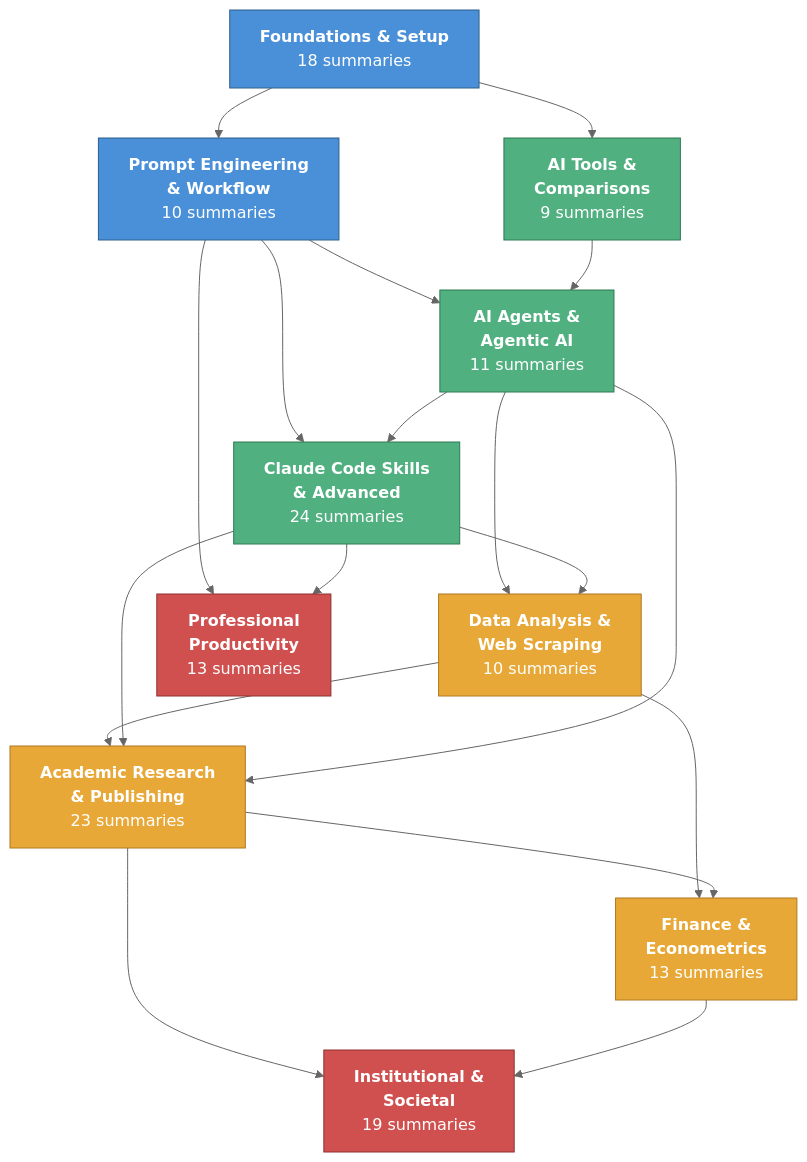
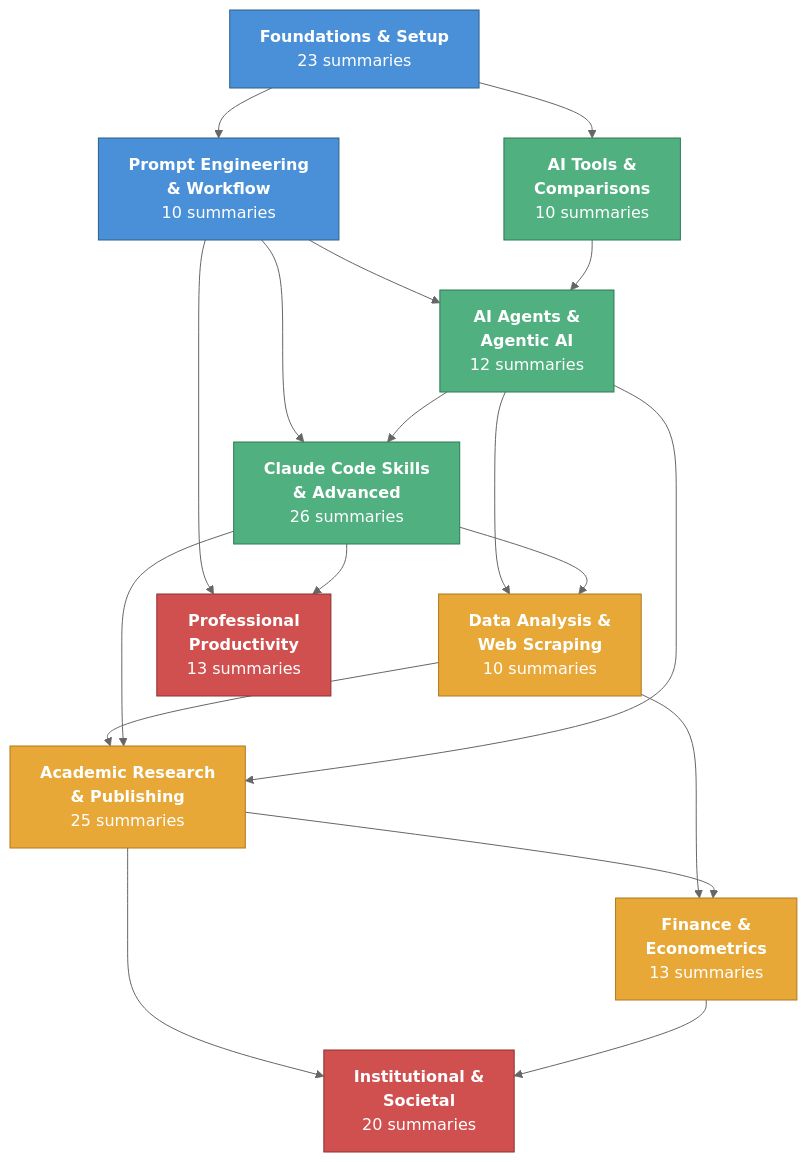
Before and after one commit to velikov-mihail/ai-econ-wiki: the diagram in wiki/visualizations/category-map.md, drawn with Mermaid (neutral theme). The commit also changed 10 other files, not shown here.

First line of the commit message:
Add summary: Academic Research Skills for Claude Code (ARS)

````diff
--- a/wiki/visualizations/category-map.md
+++ b/wiki/visualizations/category-map.md
@@ -11,49 +11,49 @@
 ```mermaid
 graph TD
-    FS["<b>Foundations & Setup</b><br/>18 summaries"]
+    FS["<b>Foundations & Setup</b><br/>23 summaries"]
     PE["<b>Prompt Engineering<br/>& Workflow</b><br/>10 summaries"]
-    AG["<b>AI Agents &<br/>Agentic AI</b><br/>11 summaries"]
-    CS["<b>Claude Code Skills<br/>& Advanced</b><br/>24 summaries"]
+    AG["<b>AI Agents &<br/>Agentic AI</b><br/>12 summaries"]
+    CS["<b>Claude Code Skills<br/>& Advanced</b><br/>26 summaries"]
     DA["<b>Data Analysis &<br/>Web Scraping</b><br/>10 summaries"]
-    AR["<b>Academic Research<br/>& Publishing</b><br/>23 summaries"]
+    AR["<b>Academic Research<br/>& Publishing</b><br/>25 summaries"]
     FE["<b>Finance &<br/>Econometrics</b><br/>13 summaries"]
-    AT["<b>AI Tools &<br/>Comparisons</b><br/>9 summaries"]
-    IS["<b>Institutional &<br/>Societal</b><br/>19 summaries"]
+    AT["<b>AI Tools &<br/>Comparisons</b><br/>10 summaries"]
+    IS["<b>Institutional &<br/>Societal</b><br/>20 summaries"]
     PP["<b>Professional<br/>Productivity</b><br/>13 summaries"]
 
     %% Foundational layer
     FS --> PE
     FS --> AT
     PE --> AG
     PE --> CS
 
     %% Technical layer
     AG --> CS
     AG --> DA
     CS --> DA
     AT --> AG
 
     %% Applied layer
     DA --> AR
     DA --> FE
     AR --> FE
     CS --> AR
     AG --> AR
 
     %% Productivity & big picture
     PE --> PP
     CS --> PP
     AR --> IS
     FE --> IS
 
     %% Styling
     classDef foundation fill:#4a90d9,stroke:#2c5f8a,color:#fff
     classDef technical fill:#50b080,stroke:#2d7a50,color:#fff
     classDef applied fill:#e8a838,stroke:#b07820,color:#fff
     classDef bigpicture fill:#d05050,stroke:#903030,color:#fff
 
     class FS,PE foundation
     class AG,CS,AT technical
     class DA,AR,FE applied
     class IS,PP bigpicture
 ```
````
